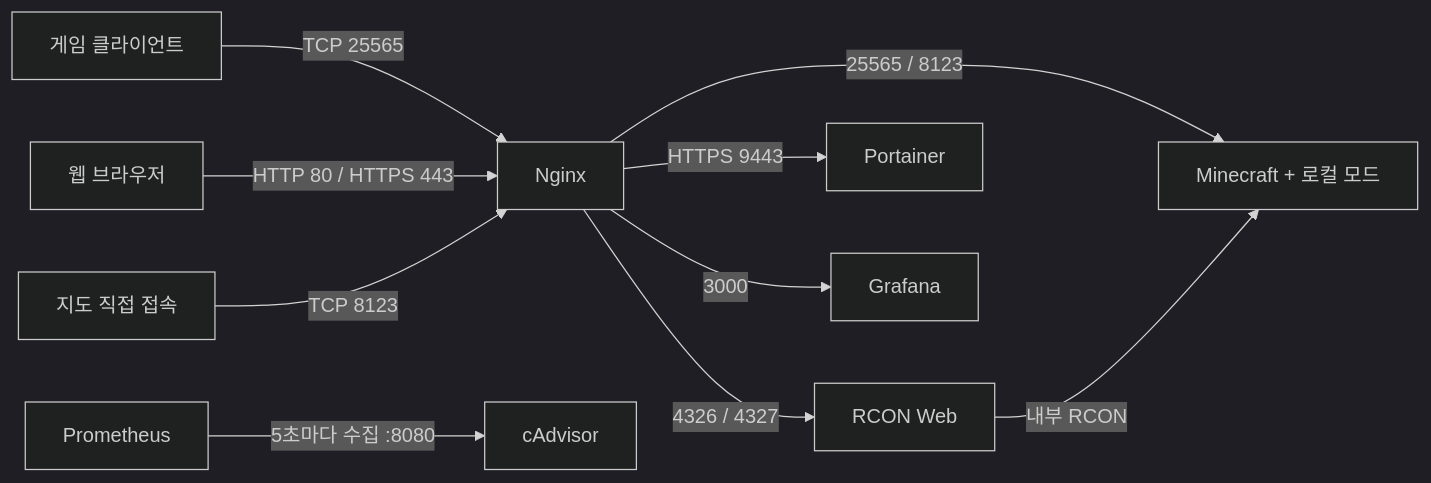
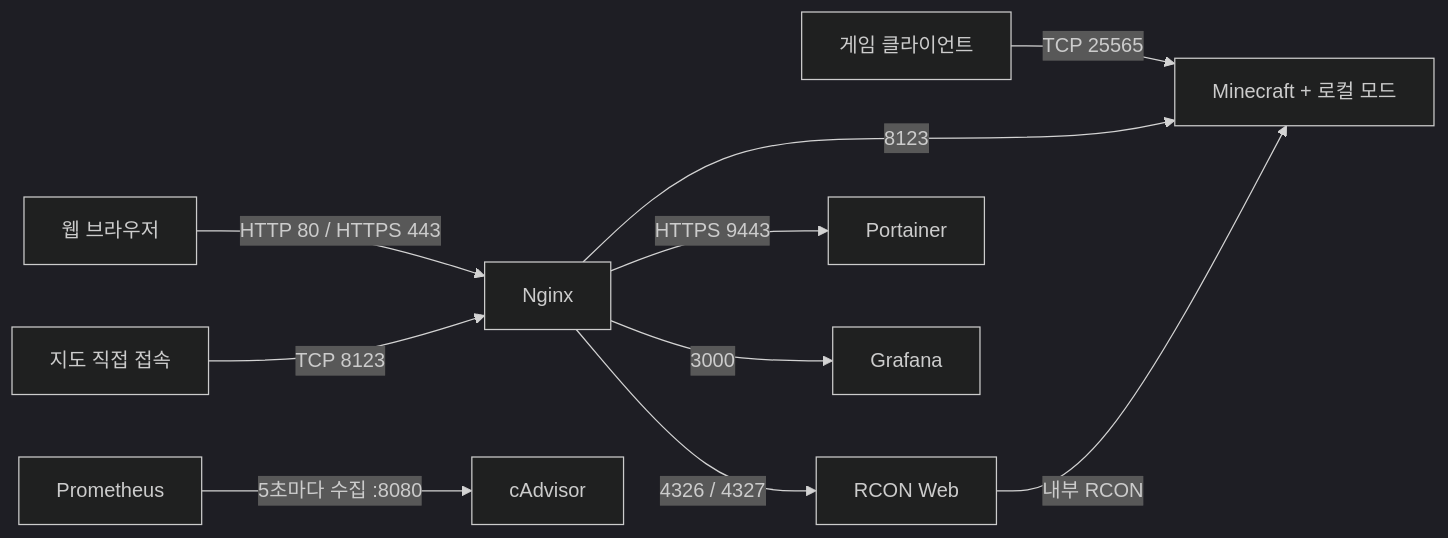
Before and after one commit to aziran07/AziranMinecraftServer: the diagram in docs/PROJECT_MAP.md, drawn with Mermaid (dark theme). The commit also changed other lines of this file and 17 other files, not shown here.

````diff
--- a/docs/PROJECT_MAP.md
+++ b/docs/PROJECT_MAP.md
@@ -46,12 +58,12 @@
 ```mermaid
 flowchart LR
-    Player[게임 클라이언트] -->|TCP 25565| N[Nginx]
-    Browser[웹 브라우저] -->|HTTP 80 / HTTPS 443| N
+    Player[게임 클라이언트] -->|TCP 25565| MC[Minecraft + 로컬 모드]
+    Browser[웹 브라우저] -->|HTTP 80 / HTTPS 443| N[Nginx]
     Map[지도 직접 접속] -->|TCP 8123| N
-    N -->|25565 / 8123| MC[Minecraft + 로컬 모드]
+    N -->|8123| MC
     N -->|4326 / 4327| R[RCON Web]
     R -->|내부 RCON| MC
     N -->|HTTPS 9443| P[Portainer]
     N -->|3000| G[Grafana]
     PR[Prometheus] -->|5초마다 수집 :8080| C[cAdvisor]
 ```
````
